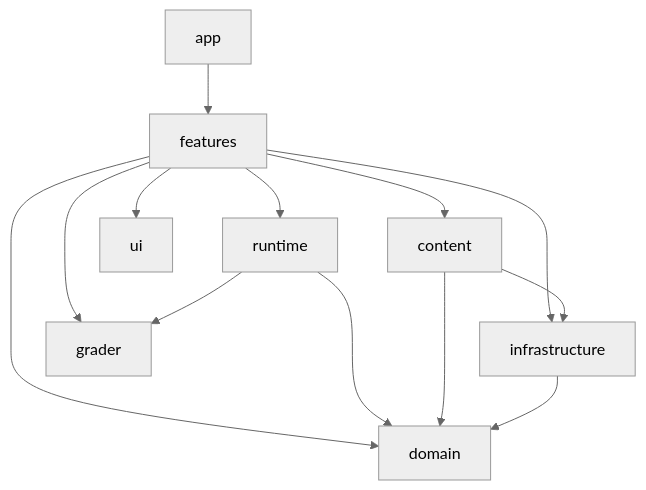
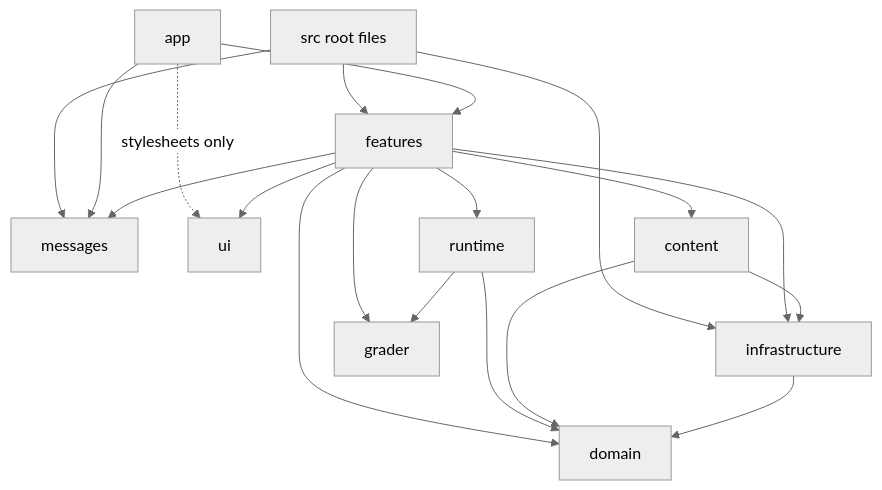
Before and after one commit to Fah2d/heap-academy: the second of 5 diagrams in docs/spec/02-architecture.md, drawn with Mermaid (neutral theme). The commit also changed other lines of this file and 2 other files, not shown here.

First line of the commit message:
docs(adr): record the module table additions and the test-only grader runner

````diff
--- a/docs/spec/02-architecture.md
+++ b/docs/spec/02-architecture.md
@@ -85,15 +85,21 @@
 ```mermaid
 flowchart TD
+  root[src root files] --> features
+  root --> infrastructure
+  root --> messages
   app[app] --> features
+  app --> messages
+  app -. stylesheets only .-> ui
+  features --> messages
   features --> runtime
   features --> content
   features --> ui
   features --> infrastructure
   features --> domain
   features --> grader
   runtime --> grader
   runtime --> domain
   content --> infrastructure
   content --> domain
   infrastructure --> domain
 ```
````
